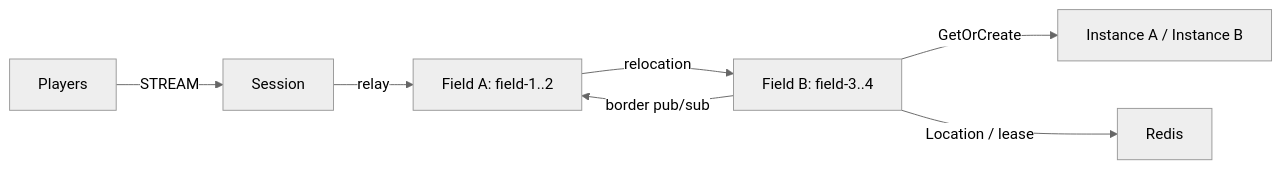
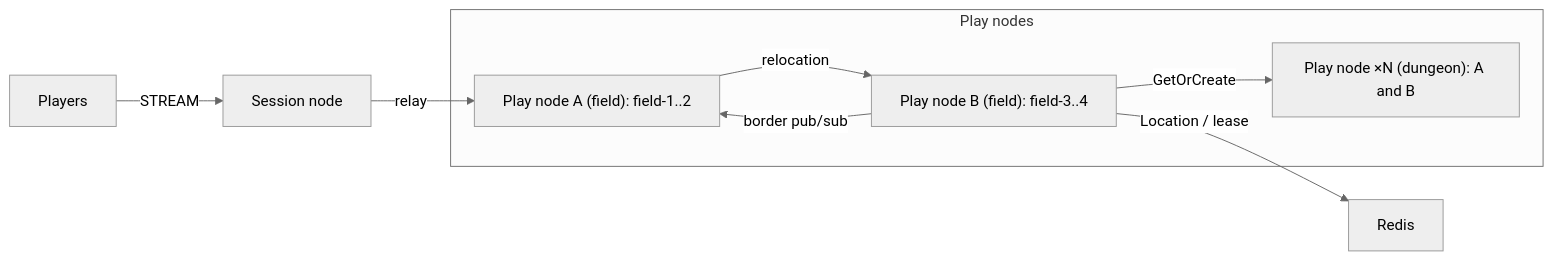
The diagram in framework/languages/dotnet/templates/morpg-fields-instances/my-game/README.md (zlink-systems/zlink), drawn with Mermaid (neutral theme) before and after one commit. The commit also changed other lines of this file and 223 other files, not shown here.

First line of the commit message:
docs(templates): 모든 템플릿의 노드 이름을 Session node · Play node · API node로 (#5350)

````diff
--- a/framework/languages/dotnet/templates/morpg-fields-instances/my-game/README.md
+++ b/framework/languages/dotnet/templates/morpg-fields-instances/my-game/README.md
@@ -5,9 +5,14 @@
 ```mermaid
 flowchart LR
-    players[Players] -->|STREAM| session[Session]
-    session -->|relay| fieldA[Field A: field-1..2]
-    fieldA -->|relocation| fieldB[Field B: field-3..4]
+    subgraph playNodes["Play nodes"]
+      fieldA["Play node A (field): field-1..2"]
+      fieldB["Play node B (field): field-3..4"]
+      instances["Play node ×N (dungeon): A and B"]
+    end
+    players[Players] -->|STREAM| session["Session node"]
+    session -->|relay| fieldA
+    fieldA -->|relocation| fieldB
     fieldB -->|border pub/sub| fieldA
-    fieldB -->|GetOrCreate| instances[Instance A / Instance B]
+    fieldB -->|GetOrCreate| instances
     fieldB -->|Location / lease| location[Redis]
 ```
````
